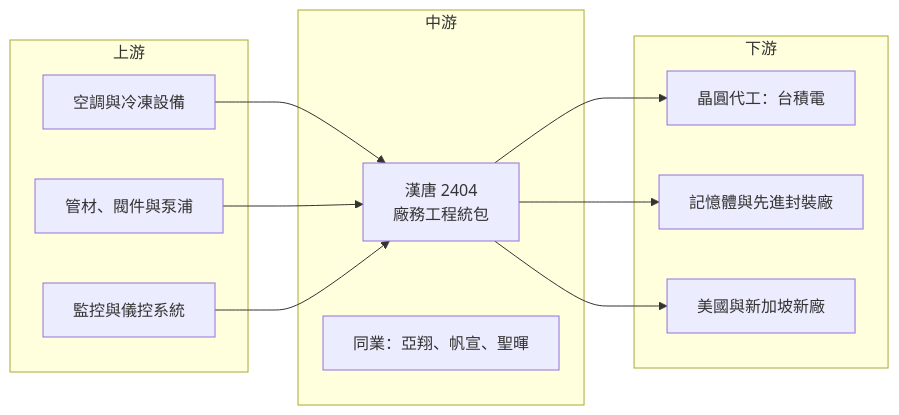
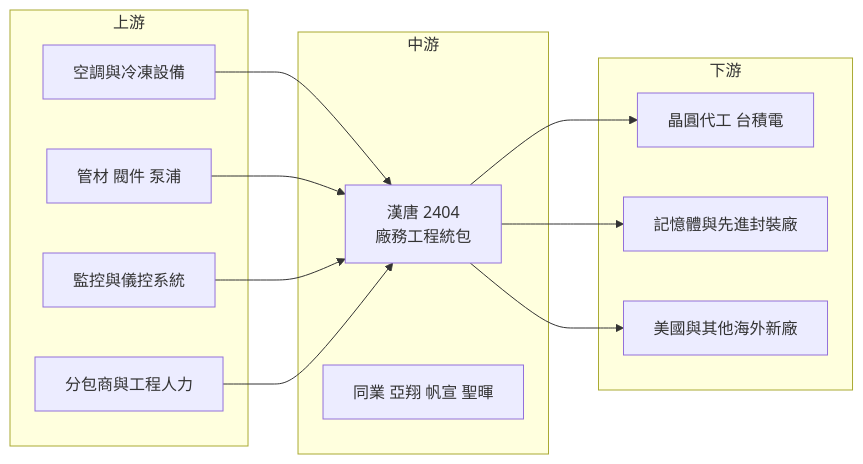
The fourth of 4 diagrams in 個股/台股/2404漢唐.md (wangnick1004/taiwan-stock-vault), drawn with Mermaid before and after one commit. The commit also changed other lines of this file and 19 other files, not shown here.

````diff
--- a/個股/台股/2404漢唐.md
+++ b/個股/台股/2404漢唐.md
@@ -208,23 +221,25 @@
 ```mermaid
 flowchart LR
     subgraph 上游
         A1[空調與冷凍設備]
-        A2[管材、閥件與泵浦]
+        A2[管材 閥件 泵浦]
         A3[監控與儀控系統]
+        A4[分包商與工程人力]
     end
     subgraph 中游
         B[漢唐 2404<br/>廠務工程統包]
-        B2[同業：亞翔、帆宣、聖暉]
+        B2[同業 亞翔 帆宣 聖暉]
     end
     subgraph 下游
-        C1[晶圓代工：台積電]
+        C1[晶圓代工 台積電]
         C2[記憶體與先進封裝廠]
-        C3[美國與新加坡新廠]
+        C3[美國與其他海外新廠]
     end
     A1 --> B
     A2 --> B
     A3 --> B
+    A4 --> B
     B --> C1
     B --> C2
     B --> C3
 ```
````
